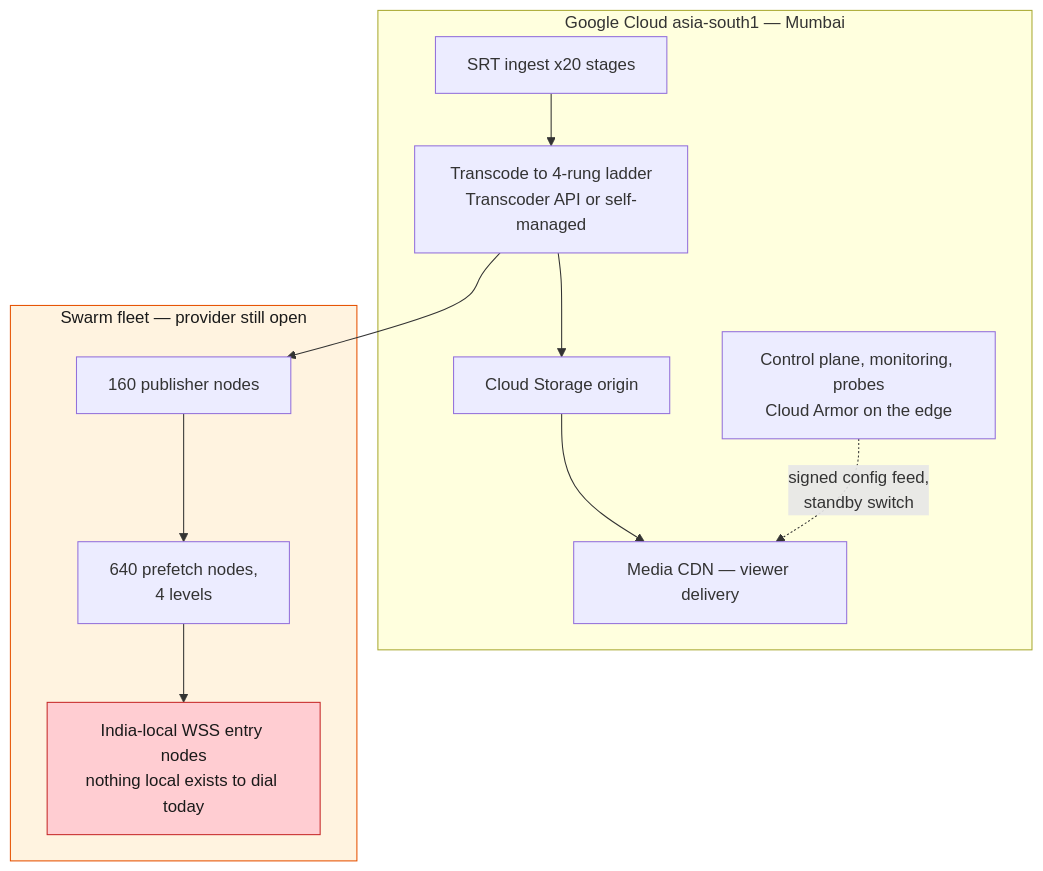
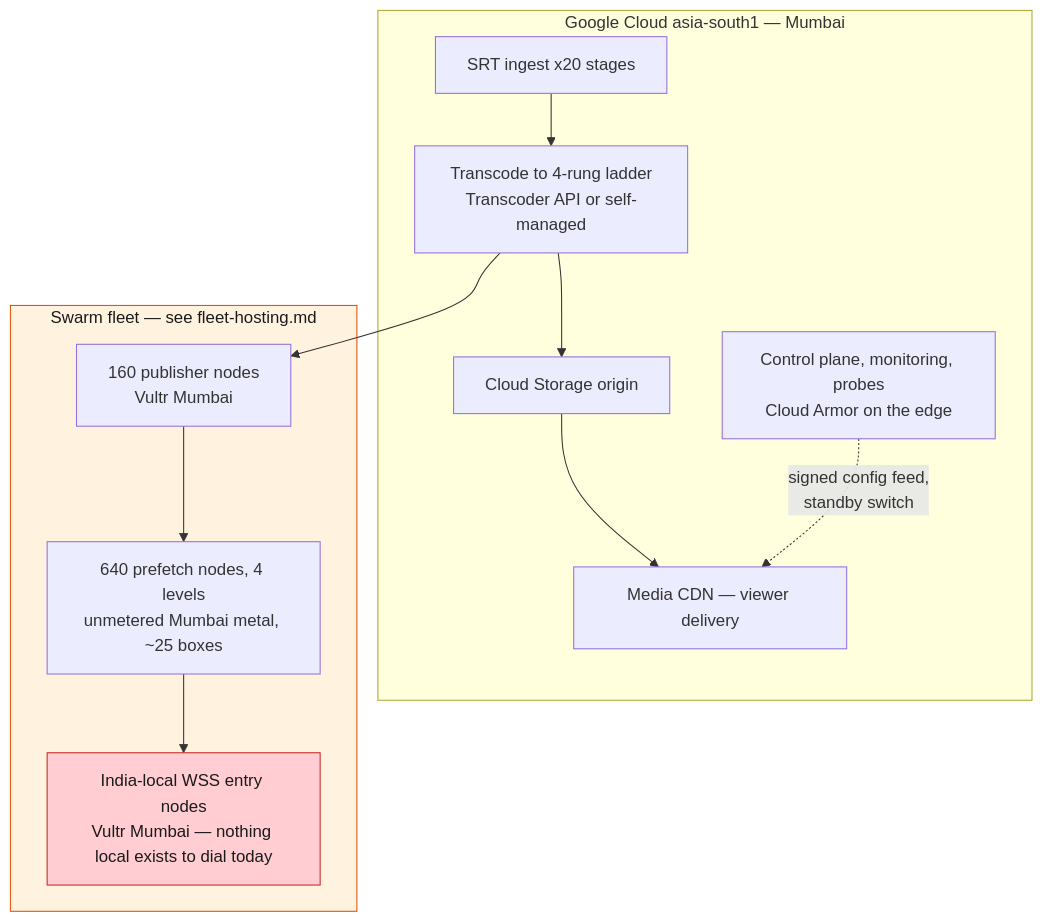
One commit to Solar-Punk-Ltd/devcon-streaming-partnership changed the second of 2 diagrams in docs/gcp-alibaba-deployment.md. Above: the diagram before and after it, drawn with Mermaid. The commit also changed other lines of this file and 2 other files, not shown here.

First line of the commit message:
docs: cost the Swarm fleet, and give it a host

````diff
--- a/docs/gcp-alibaba-deployment.md
+++ b/docs/gcp-alibaba-deployment.md
@@ -256,22 +281,22 @@
 ```mermaid
 flowchart TB
     subgraph GCP["Google Cloud asia-south1 — Mumbai"]
         I["SRT ingest x20 stages"]
         T["Transcode to 4-rung ladder<br/>Transcoder API or self-managed"]
         O["Cloud Storage origin"]
         C["Media CDN — viewer delivery"]
         M["Control plane, monitoring, probes<br/>Cloud Armor on the edge"]
     end
-    subgraph OPEN["Swarm fleet — provider still open"]
-        PUB["160 publisher nodes"]
-        PRE["640 prefetch nodes,<br/>4 levels"]
-        WSS["India-local WSS entry nodes<br/>nothing local exists to dial today"]
+    subgraph OPEN["Swarm fleet — see fleet-hosting.md"]
+        PUB["160 publisher nodes<br/>Vultr Mumbai"]
+        PRE["640 prefetch nodes, 4 levels<br/>unmetered Mumbai metal, ~25 boxes"]
+        WSS["India-local WSS entry nodes<br/>Vultr Mumbai — nothing local exists to dial today"]
     end
     I --> T --> O
     O --> C
     T --> PUB --> PRE
     PRE --> WSS
     M -.->|"signed config feed,<br/>standby switch"| C
     style OPEN fill:#fff3e0,stroke:#e65100,color:#1a1a1a
     style WSS fill:#ffcdd2,stroke:#c62828,color:#1a1a1a
 ```
````
